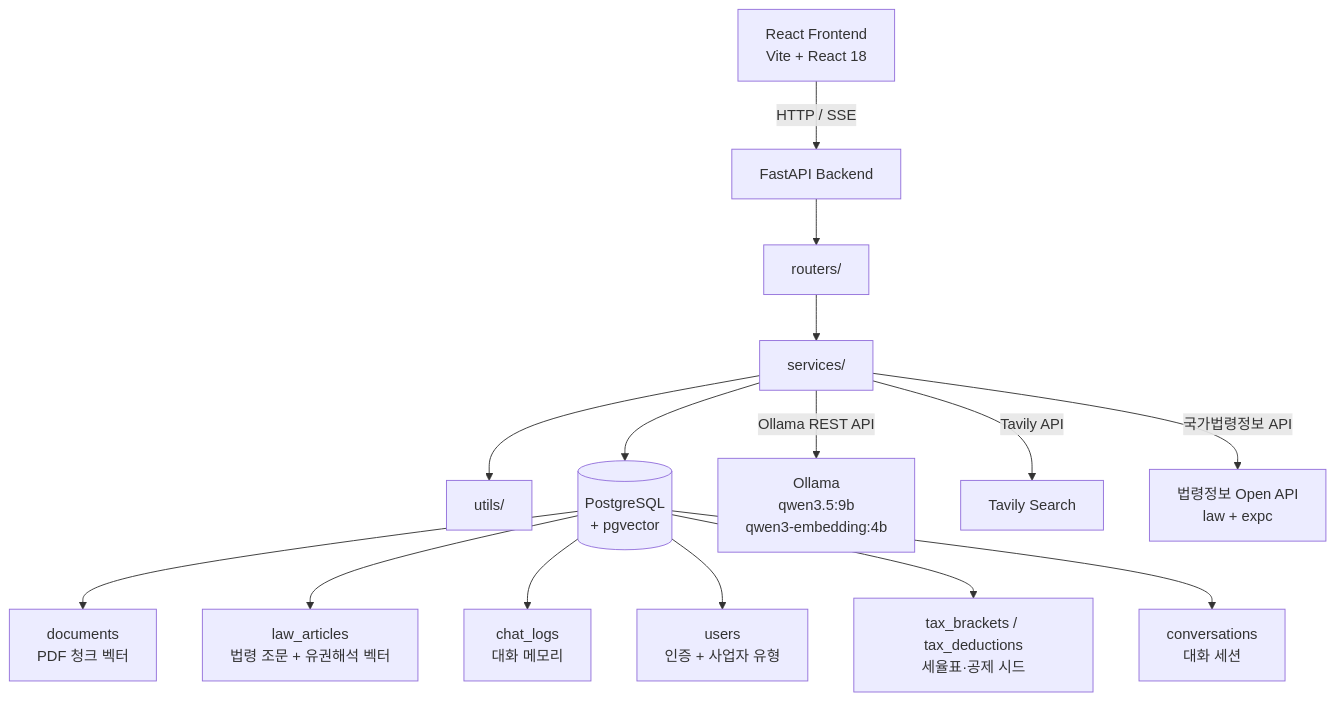
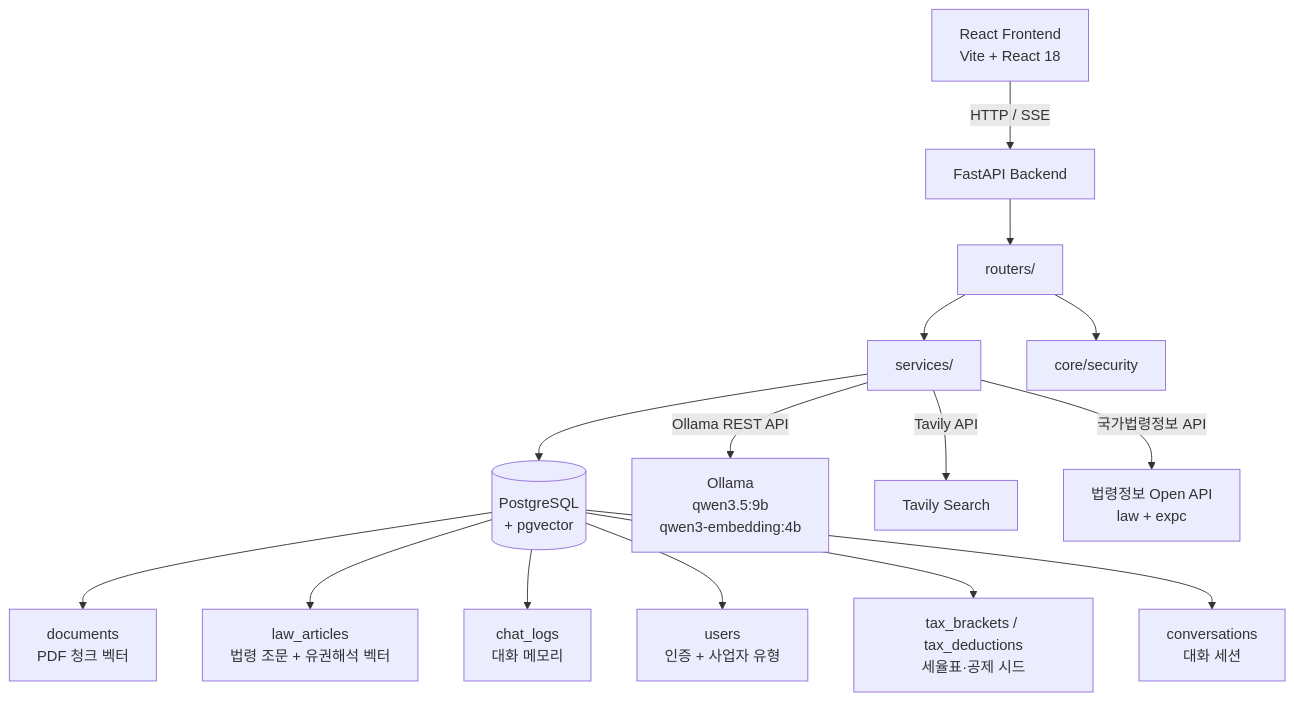
Before and after one commit to pth6254/tax_assistant: the diagram in README.md, drawn with Mermaid. The commit also changed other lines of this file and 37 other files, not shown here.

````diff
--- a/README.md
+++ b/README.md
@@ -141,20 +141,20 @@
 ```mermaid
 graph TD
     A[React Frontend<br/>Vite + React 18] -->|HTTP / SSE| B[FastAPI Backend]
 
     B --> C[routers/]
     C --> D[services/]
-    D --> E[utils/]
+    C --> E[core/security]
     D --> F[(PostgreSQL<br/>+ pgvector)]
 
     D -->|Ollama REST API| G[Ollama<br/>qwen3.5:9b<br/>qwen3-embedding:4b]
     D -->|Tavily API| H[Tavily Search]
     D -->|국가법령정보 API| I[법령정보 Open API<br/>law + expc]
 
     F --> F1[documents<br/>PDF 청크 벡터]
     F --> F2[law_articles<br/>법령 조문 + 유권해석 벡터]
     F --> F3[chat_logs<br/>대화 메모리]
     F --> F4[users<br/>인증 + 사업자 유형]
     F --> F5[tax_brackets / tax_deductions<br/>세율표·공제 시드]
     F --> F6[conversations<br/>대화 세션]
 ```
````
